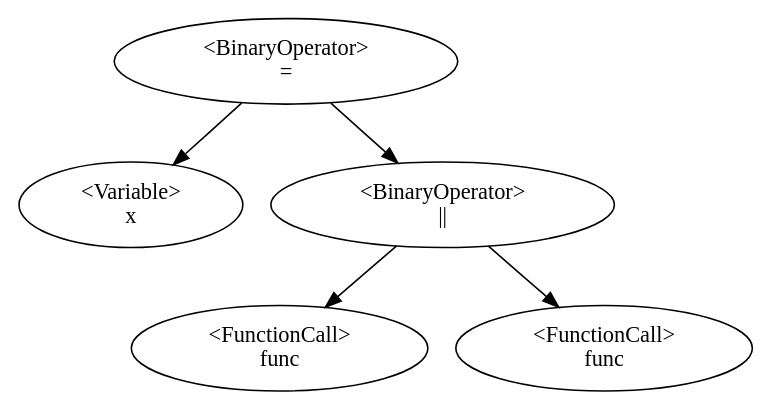
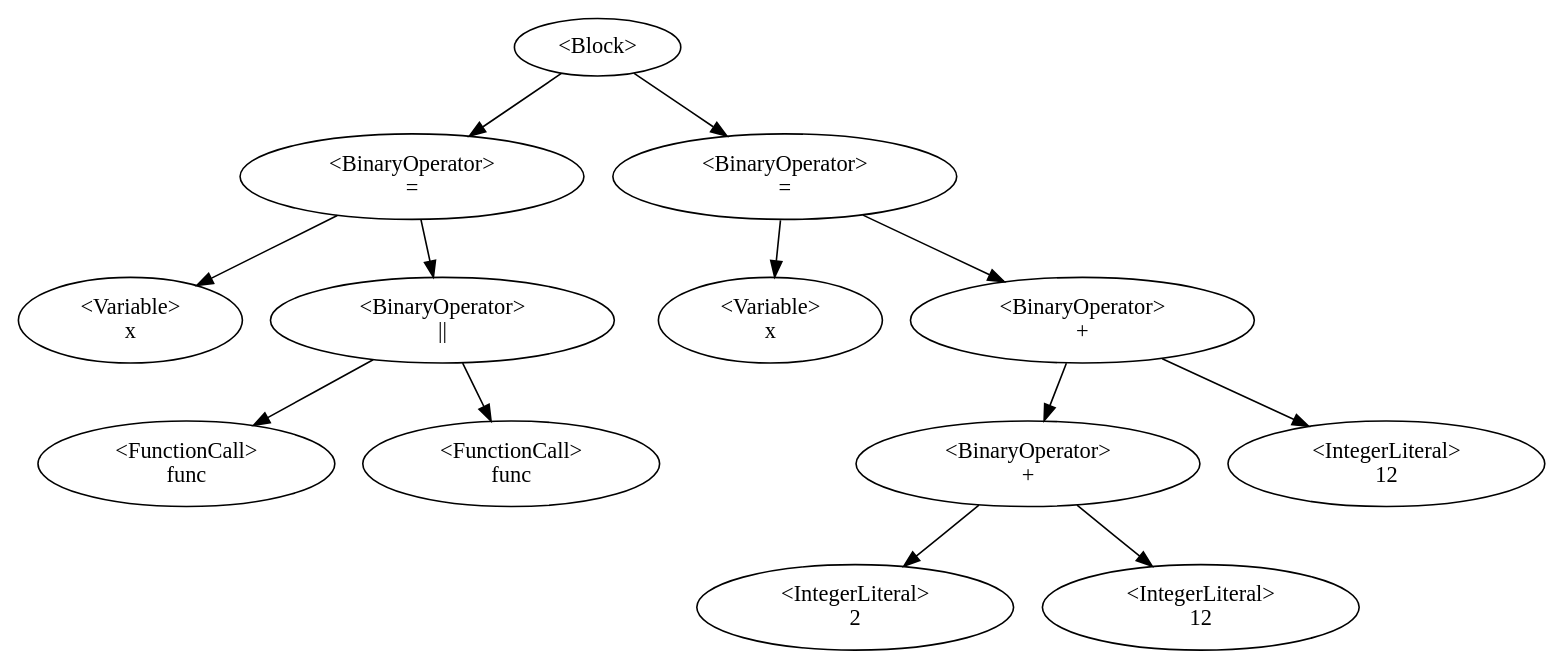
Before and after one commit to QazmoQwerty/dino: the diagram in Dino/Dino/AstDisplay.gv, drawn with Graphviz. The commit also changed 7 other files, not shown here.

```diff
--- a/Dino/Dino/AstDisplay.gv
+++ b/Dino/Dino/AstDisplay.gv
@@ -1,7 +1,15 @@
 digraph G {
-1 [label="<BinaryOperator>\n="];1->0;1->4;
-0 [label="<Variable>\nx"];
-4 [label="<BinaryOperator>\n||"];4->3;4->6;
-3 [label="<FunctionCall>\nfunc"];
-6 [label="<FunctionCall>\nfunc"];
+0 [label="<Block>"];0->2;0->9;
+2 [label="<BinaryOperator>\n="];2->1;2->5;
+1 [label="<Variable>\nx"];
+5 [label="<BinaryOperator>\n||"];5->4;5->7;
+4 [label="<FunctionCall>\nfunc"];
+7 [label="<FunctionCall>\nfunc"];
+9 [label="<BinaryOperator>\n="];9->8;9->13;
+8 [label="<Variable>\nx"];
+13 [label="<BinaryOperator>\n+"];13->11;13->14;
+11 [label="<BinaryOperator>\n+"];11->10;11->12;
+10 [label="<IntegerLiteral>\n2"];
+12 [label="<IntegerLiteral>\n12"];
+14 [label="<IntegerLiteral>\n12"];
 }
```
